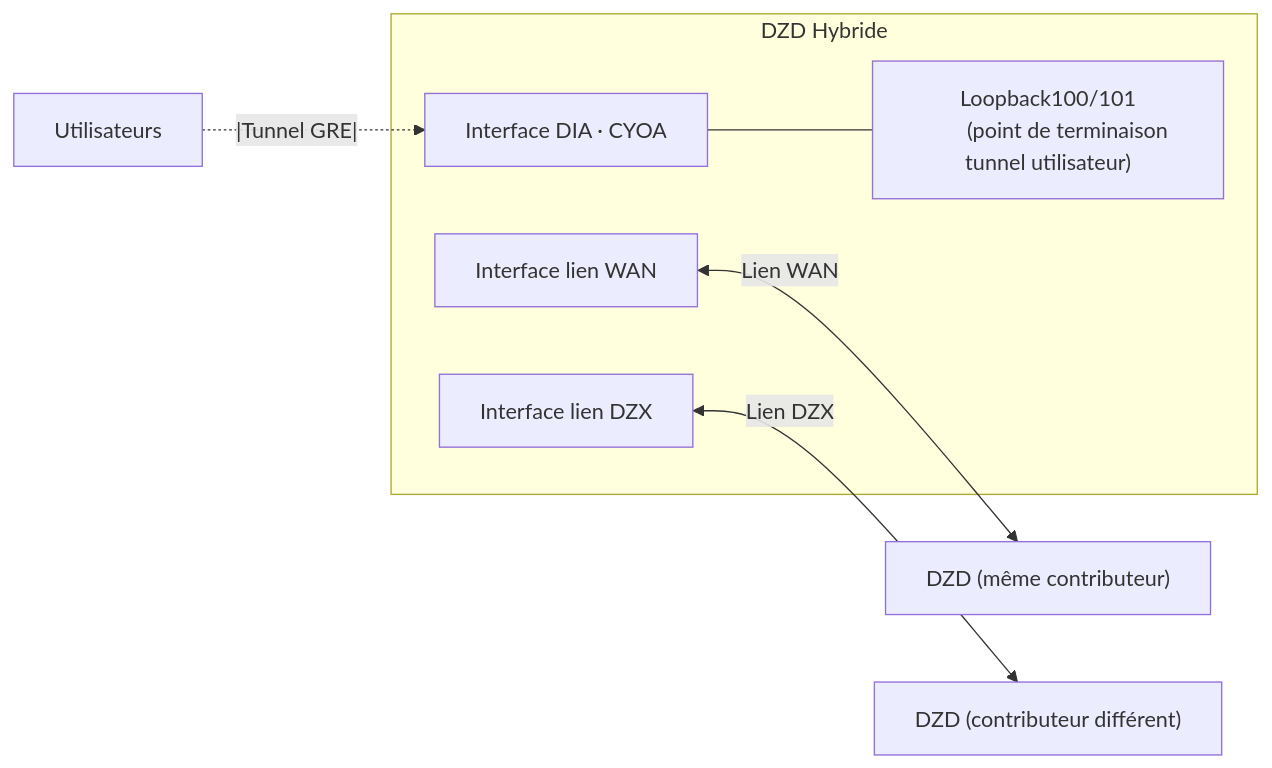
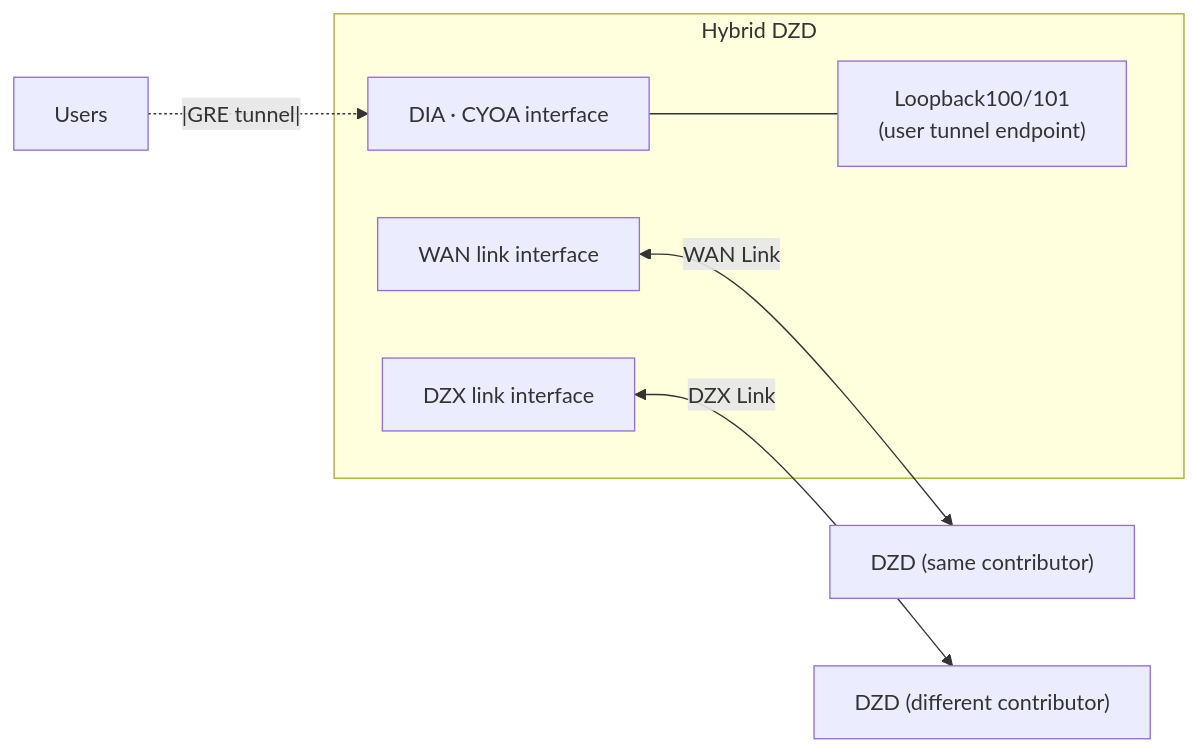
One commit to malbeclabs/docs changed the seventh of 10 diagrams in docs/contribute-provisioning.fr.md. Above: the diagram before and after it, drawn with Mermaid. The commit also changed other lines of this file and 27 other files, not shown here.

````diff
--- a/docs/contribute-provisioning.fr.md
+++ b/docs/contribute-provisioning.fr.md
@@ -347,14 +313,14 @@
 ```mermaid
 flowchart LR
-    subgraph HDZD[DZD Hybride]
-        H_CYOA["Interface DIA · CYOA"]
+    subgraph HDZD[Hybrid DZD]
+        H_CYOA["DIA · CYOA interface"]
         H_TUN["Loopback100/101
-        (point de terminaison tunnel utilisateur)"]
-        H_WAN["Interface lien WAN"]
-        H_DZX["Interface lien DZX"]
+        (user tunnel endpoint)"]
+        H_WAN["WAN link interface"]
+        H_DZX["DZX link interface"]
         H_CYOA --- H_TUN
     end
-    HU["Utilisateurs"] -.|Tunnel GRE|.-> H_CYOA
-    H_WAN <-->|Lien WAN| H2["DZD (même contributeur)"]
-    H_DZX <-->|Lien DZX| HD["DZD (contributeur différent)"]
+    HU["Users"] -.|GRE tunnel|.-> H_CYOA
+    H_WAN <-->|WAN Link| H2["DZD (same contributor)"]
+    H_DZX <-->|DZX Link| HD["DZD (different contributor)"]
 ```
````
